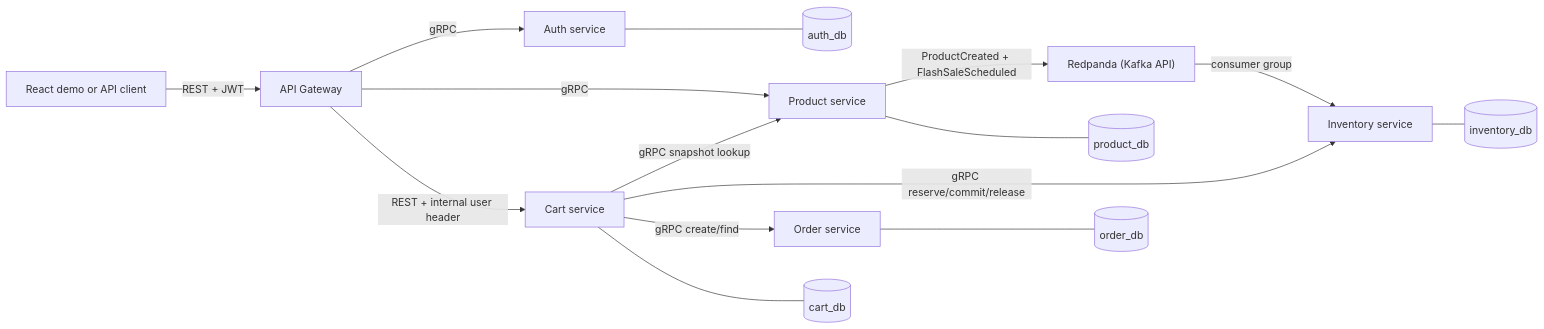
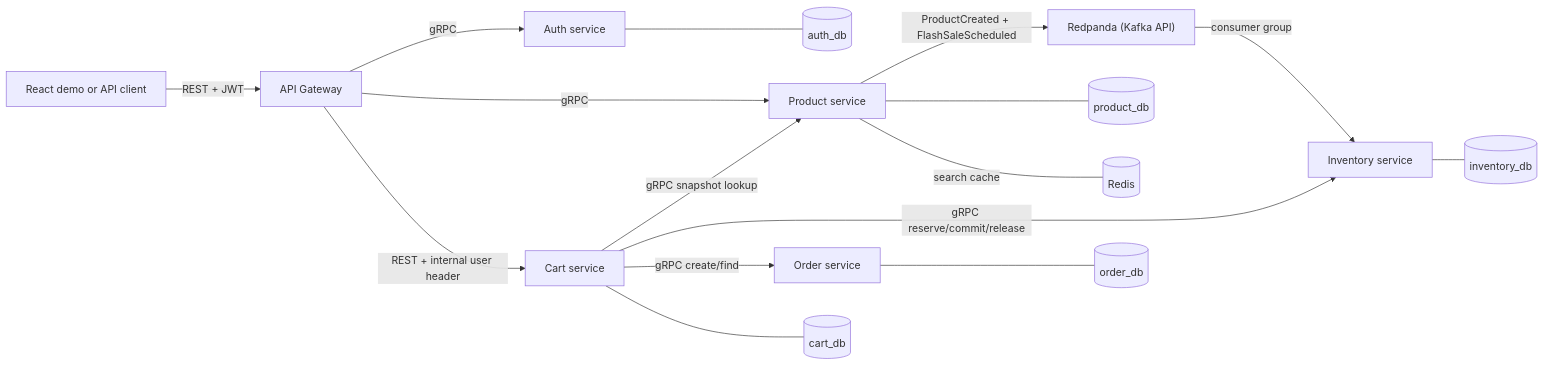
One commit to kiettle/e-commerce-clone changed the diagram in README.md. Above: the diagram before and after it, drawn with Mermaid. The commit also changed other lines of this file and 127 other files, not shown here.

````diff
--- a/README.md
+++ b/README.md
@@ -28,18 +29,19 @@
 ```mermaid
 flowchart LR
     Browser["React demo or API client"] -->|REST + JWT| Gateway["API Gateway"]
     Gateway -->|gRPC| Auth["Auth service"]
     Gateway -->|gRPC| Product["Product service"]
     Gateway -->|REST + internal user header| Cart["Cart service"]
     Cart -->|gRPC snapshot lookup| Product
     Cart -->|gRPC reserve/commit/release| Inventory["Inventory service"]
     Cart -->|gRPC create/find| Order["Order service"]
     Product -->|ProductCreated + FlashSaleScheduled| Kafka["Redpanda (Kafka API)"]
     Kafka -->|consumer group| Inventory
 
     Auth --- AuthDb[("auth_db")]
     Product --- ProductDb[("product_db")]
+    Product ---|search cache| Redis[("Redis")]
     Cart --- CartDb[("cart_db")]
     Inventory --- InventoryDb[("inventory_db")]
     Order --- OrderDb[("order_db")]
 ```
````
